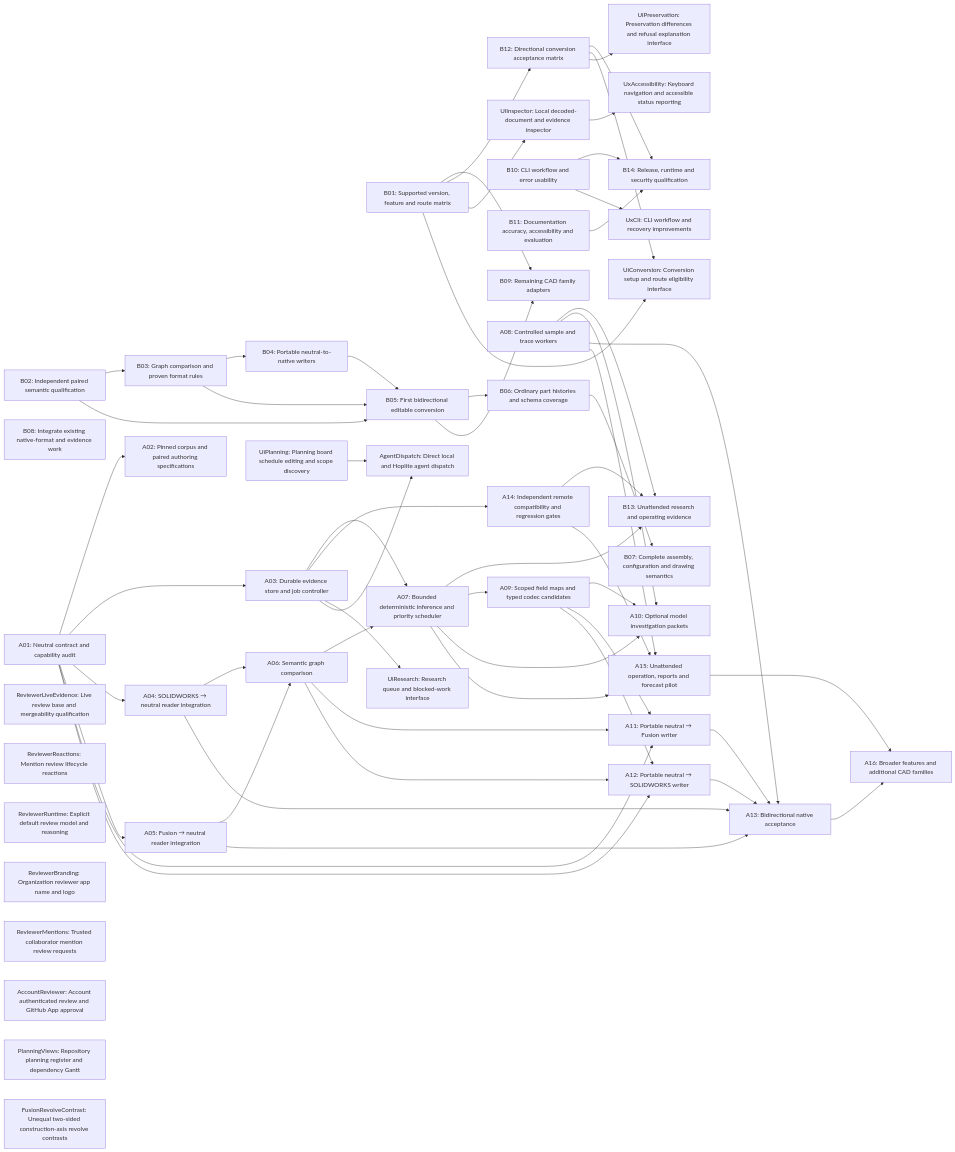
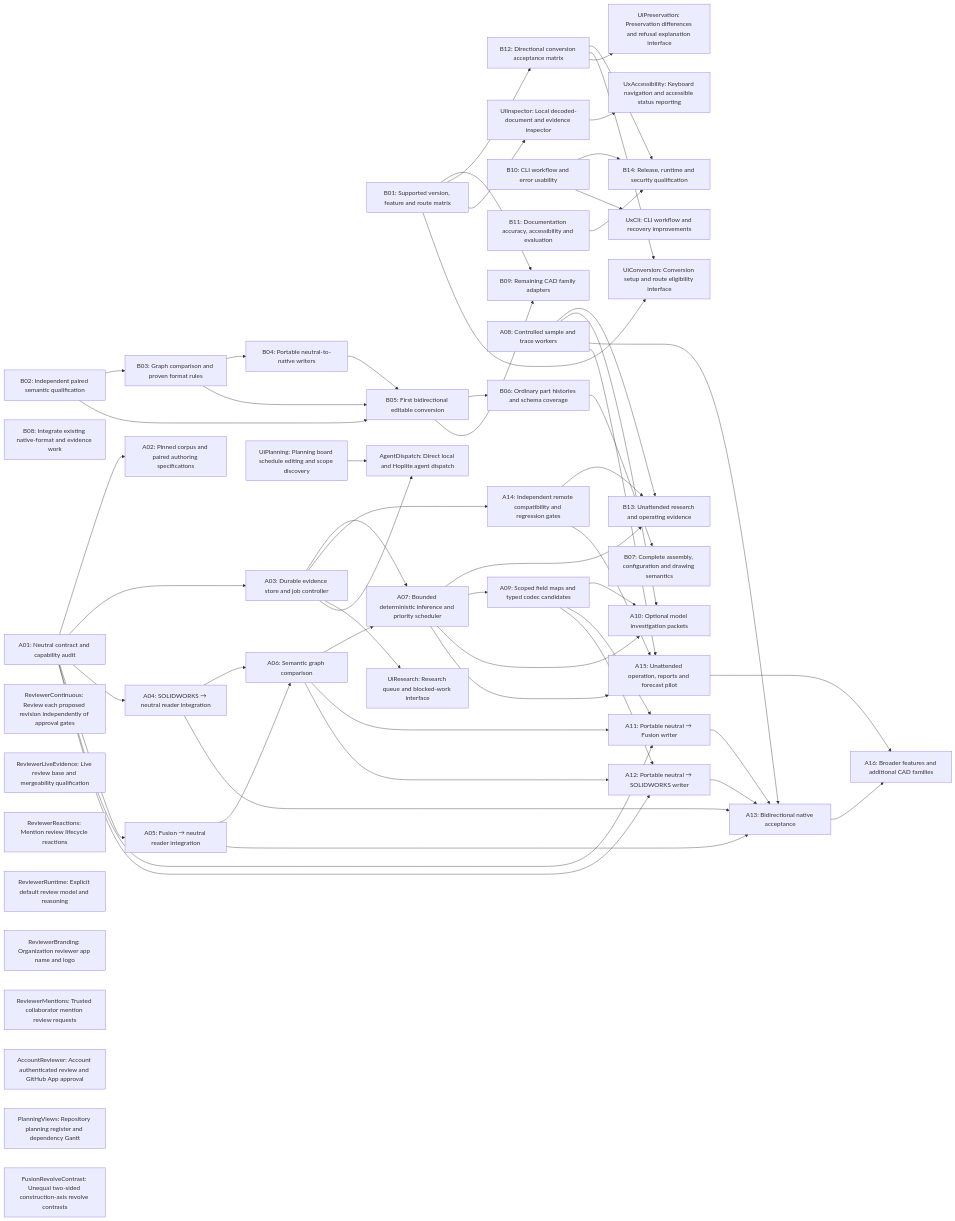
One commit to TryUniCAD/Kit changed the diagram in Documentation/Planning/Generated/Dependencies.mmd. Above: the diagram before and after it, drawn with Mermaid. The commit also changed 38 other files, not shown here.

Commit message:
fix(review): dispatch revision reviews and expose safe runtime failures

```diff
--- a/Documentation/Planning/Generated/Dependencies.mmd
+++ b/Documentation/Planning/Generated/Dependencies.mmd
@@ -1,101 +1,102 @@
 flowchart LR
   B01["B01: Supported version, feature and route matrix"]
   B02["B02: Independent paired semantic qualification"]
   B03["B03: Graph comparison and proven format rules"]
   B02 --> B03
   B04["B04: Portable neutral-to-native writers"]
   B03 --> B04
   B05["B05: First bidirectional editable conversion"]
   B02 --> B05
   B03 --> B05
   B04 --> B05
   B06["B06: Ordinary part histories and schema coverage"]
   B05 --> B06
   B07["B07: Complete assembly, configuration and drawing semantics"]
   B06 --> B07
   B08["B08: Integrate existing native-format and evidence work"]
   B09["B09: Remaining CAD family adapters"]
   B01 --> B09
   B05 --> B09
   B10["B10: CLI workflow and error usability"]
   B11["B11: Documentation accuracy, accessibility and evaluation"]
   B12["B12: Directional conversion acceptance matrix"]
   B01 --> B12
   B13["B13: Unattended research and operating evidence"]
   A07 --> B13
   A08 --> B13
   A14 --> B13
   B14["B14: Release, runtime and security qualification"]
   B10 --> B14
   B11 --> B14
   B12 --> B14
   A01["A01: Neutral contract and capability audit"]
   A02["A02: Pinned corpus and paired authoring specifications"]
   A01 --> A02
   A03["A03: Durable evidence store and job controller"]
   A01 --> A03
   A04["A04: SOLIDWORKS → neutral reader integration"]
   A01 --> A04
   A05["A05: Fusion → neutral reader integration"]
   A01 --> A05
   A06["A06: Semantic graph comparison"]
   A04 --> A06
   A05 --> A06
   A07["A07: Bounded deterministic inference and priority scheduler"]
   A03 --> A07
   A06 --> A07
   A08["A08: Controlled sample and trace workers"]
   A09["A09: Scoped field maps and typed codec candidates"]
   A07 --> A09
   A10["A10: Optional model investigation packets"]
   A07 --> A10
   A08 --> A10
   A09 --> A10
   A11["A11: Portable neutral → Fusion writer"]
   A01 --> A11
   A06 --> A11
   A09 --> A11
   A12["A12: Portable neutral → SOLIDWORKS writer"]
   A01 --> A12
   A06 --> A12
   A09 --> A12
   A13["A13: Bidirectional native acceptance"]
   A04 --> A13
   A05 --> A13
   A08 --> A13
   A11 --> A13
   A12 --> A13
   A14["A14: Independent remote compatibility and regression gates"]
   A03 --> A14
   A15["A15: Unattended operation, reports and forecast pilot"]
   A07 --> A15
   A08 --> A15
   A14 --> A15
   A16["A16: Broader features and additional CAD families"]
   A13 --> A16
   A15 --> A16
+  ReviewerContinuous["ReviewerContinuous: Review each proposed revision independently of approval gates"]
   ReviewerLiveEvidence["ReviewerLiveEvidence: Live review base and mergeability qualification"]
   ReviewerReactions["ReviewerReactions: Mention review lifecycle reactions"]
   ReviewerRuntime["ReviewerRuntime: Explicit default review model and reasoning"]
   ReviewerBranding["ReviewerBranding: Organization reviewer app name and logo"]
   ReviewerMentions["ReviewerMentions: Trusted collaborator mention review requests"]
   AccountReviewer["AccountReviewer: Account authenticated review and GitHub App approval"]
   PlanningViews["PlanningViews: Repository planning register and dependency Gantt"]
   FusionRevolveContrast["FusionRevolveContrast: Unequal two-sided construction-axis revolve contrasts"]
   UiInspector["UiInspector: Local decoded-document and evidence inspector"]
   B01 --> UiInspector
   UiConversion["UiConversion: Conversion setup and route eligibility interface"]
   B01 --> UiConversion
   B12 --> UiConversion
   UiPreservation["UiPreservation: Preservation differences and refusal explanation interface"]
   B12 --> UiPreservation
   UiResearch["UiResearch: Research queue and blocked-work interface"]
   A03 --> UiResearch
   UxAccessibility["UxAccessibility: Keyboard navigation and accessible status reporting"]
   UiInspector --> UxAccessibility
   UxCli["UxCli: CLI workflow and recovery improvements"]
   B10 --> UxCli
   UiPlanning["UiPlanning: Planning board schedule editing and scope discovery"]
   AgentDispatch["AgentDispatch: Direct local and Hoplite agent dispatch"]
   A03 --> AgentDispatch
   UiPlanning --> AgentDispatch
```
